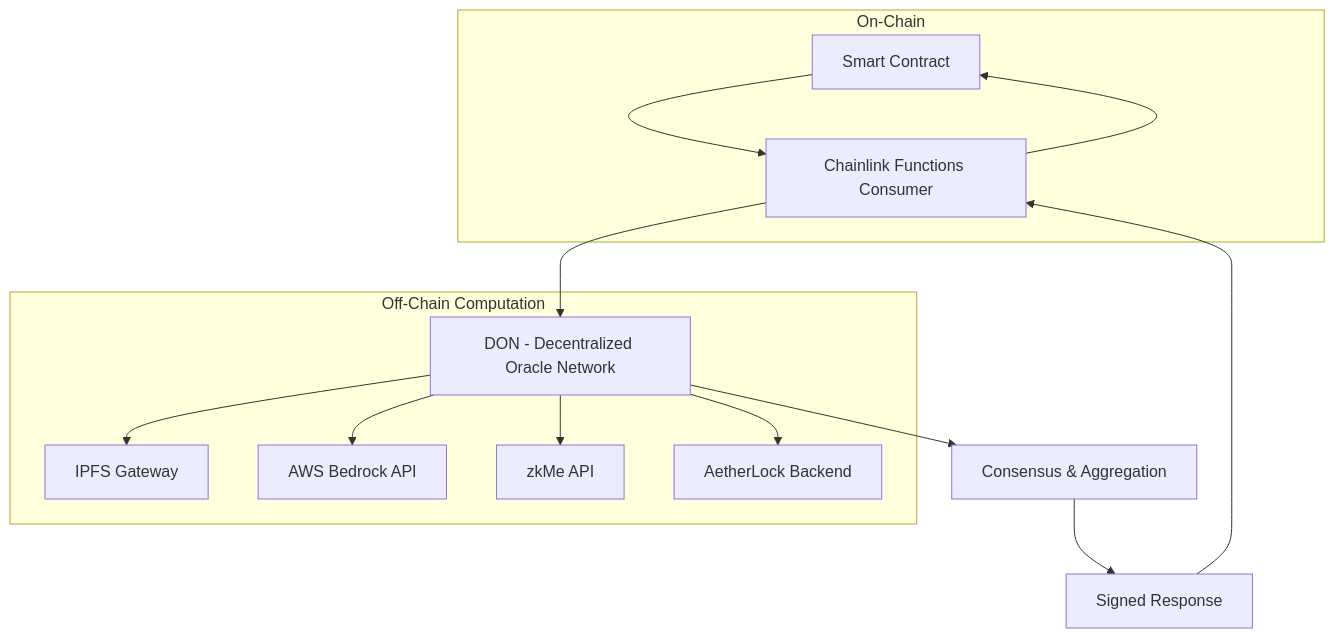
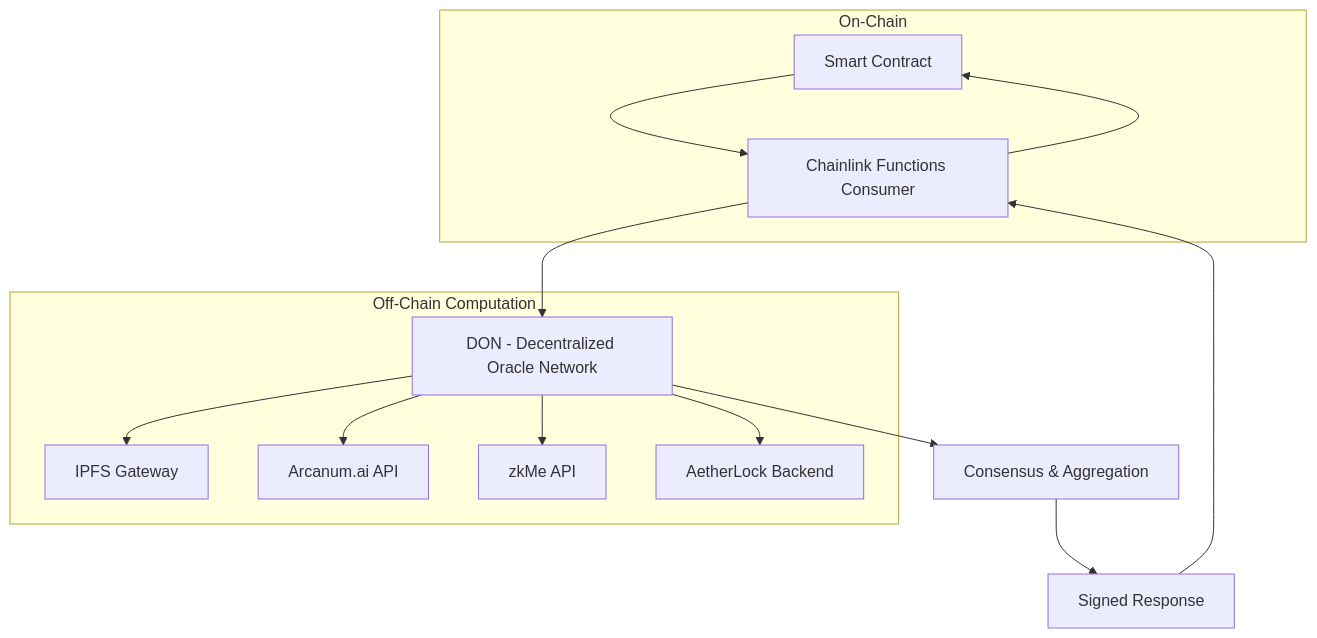
One commit to De-real-iManuel/aetherlock-docs changed the diagram in api/chainlink-functions.mdx. Above: the diagram before and after it, drawn with Mermaid. The commit also changed other lines of this file and 92 other files, not shown here.

````diff
--- a/api/chainlink-functions.mdx
+++ b/api/chainlink-functions.mdx
@@ -15,27 +15,27 @@
 ```mermaid
 graph TB
     A[Smart Contract] --> B[Chainlink Functions Consumer]
     B --> C[DON - Decentralized Oracle Network]
     C --> D[IPFS Gateway]
-    C --> E[AWS Bedrock API]
+    C --> E[Arcanum.ai API]
     C --> F[zkMe API]
     C --> G[AetherLock Backend]
     
     C --> H[Consensus & Aggregation]
     H --> I[Signed Response]
     I --> B
     B --> A
     
     subgraph "Off-Chain Computation"
         C
         D
         E
         F
         G
     end
     
     subgraph "On-Chain"
         A
         B
     end
 ```
````
